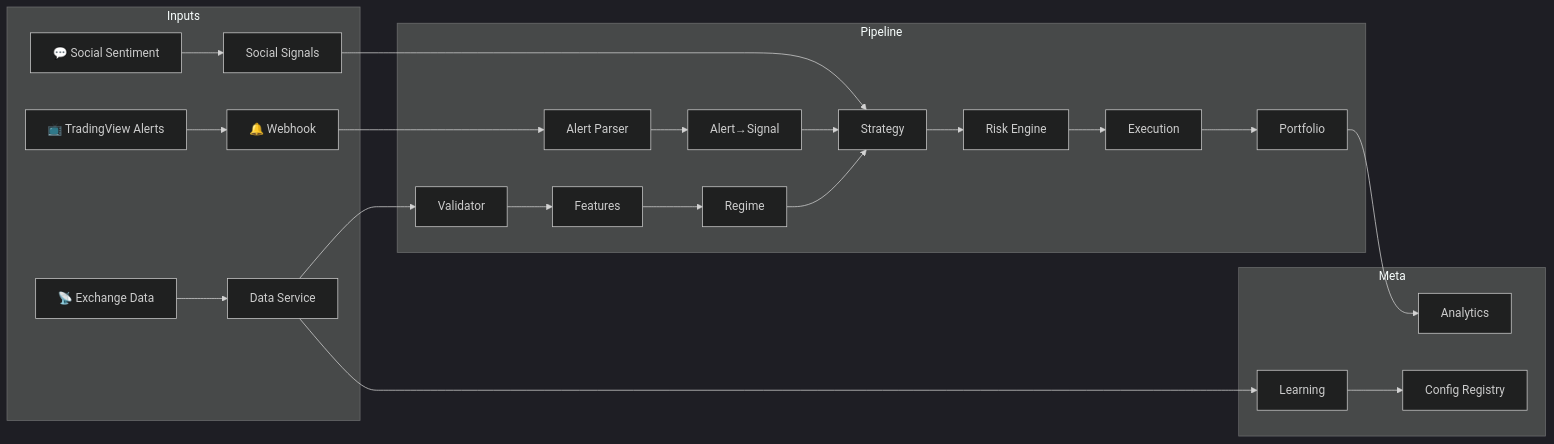
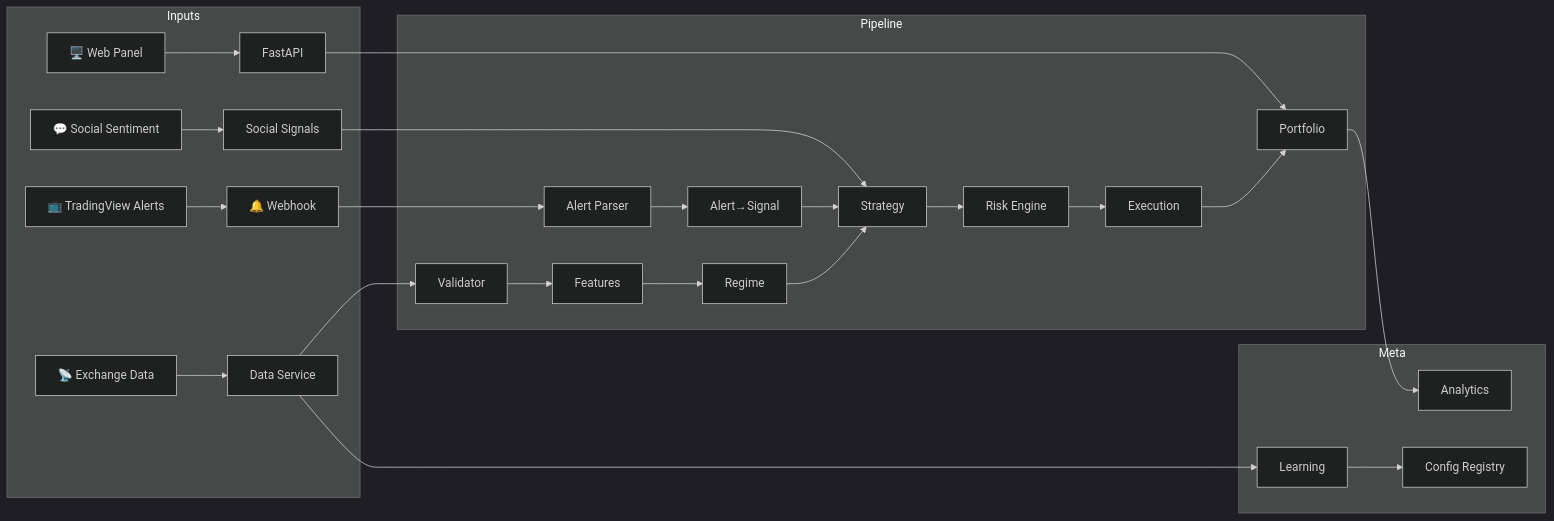
One commit to akoffice933-maker/crypto-bot-v4 changed the diagram in README.md. Above: the diagram before and after it, drawn with Mermaid (dark theme). The commit also changed other lines of this file and 4 other files, not shown here.

First line of the commit message:
Add web panel screenshots to README (EN + RU)

````diff
--- a/README.md
+++ b/README.md
@@ -5,20 +5,22 @@
 ```mermaid
 graph LR
     subgraph Inputs
         TV[📺 TradingView Alerts] --> WH[🔔 Webhook]
         EX[📡 Exchange Data] --> DS[Data Service]
         SM[💬 Social Sentiment] --> SS[Social Signals]
+        UI[🖥️ Web Panel] --> API[FastAPI]
     end
     subgraph Pipeline
         WH --> AP[Alert Parser] --> AC[Alert→Signal]
         DS --> DV[Validator] --> FS[Features] --> RD[Regime] --> SE[Strategy]
         AC --> SE
         SS --> SE
         SE --> RE[Risk Engine] --> EE[Execution]
         EE --> PE[Portfolio]
     end
     subgraph Meta
         PE --> AS[Analytics]
         DS --> LS[Learning] --> CR[Config Registry]
+        API --> PE
     end
 ```
````
